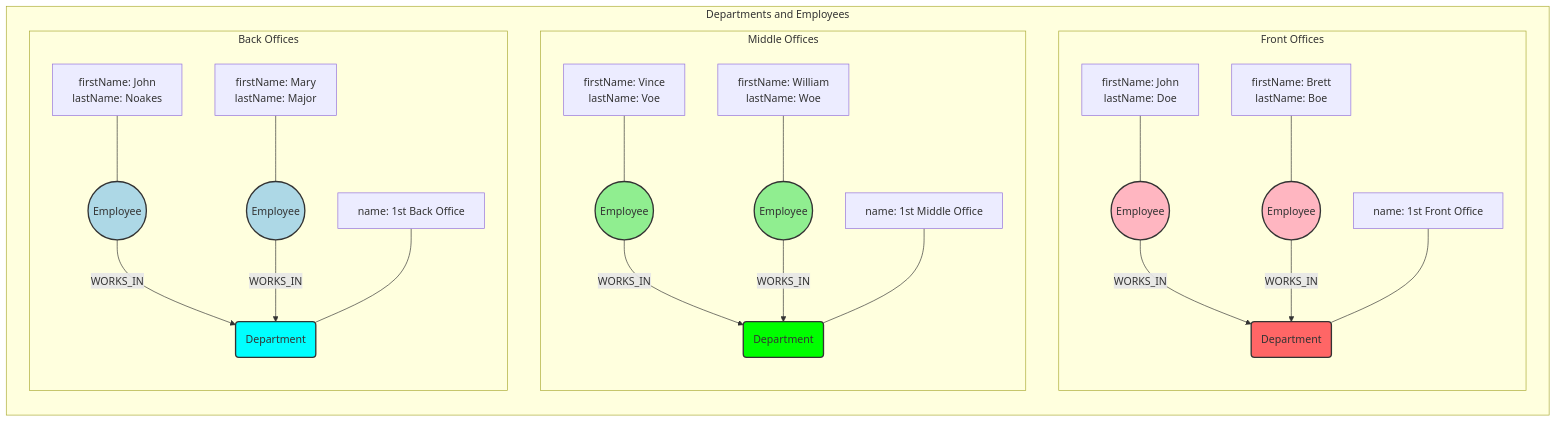
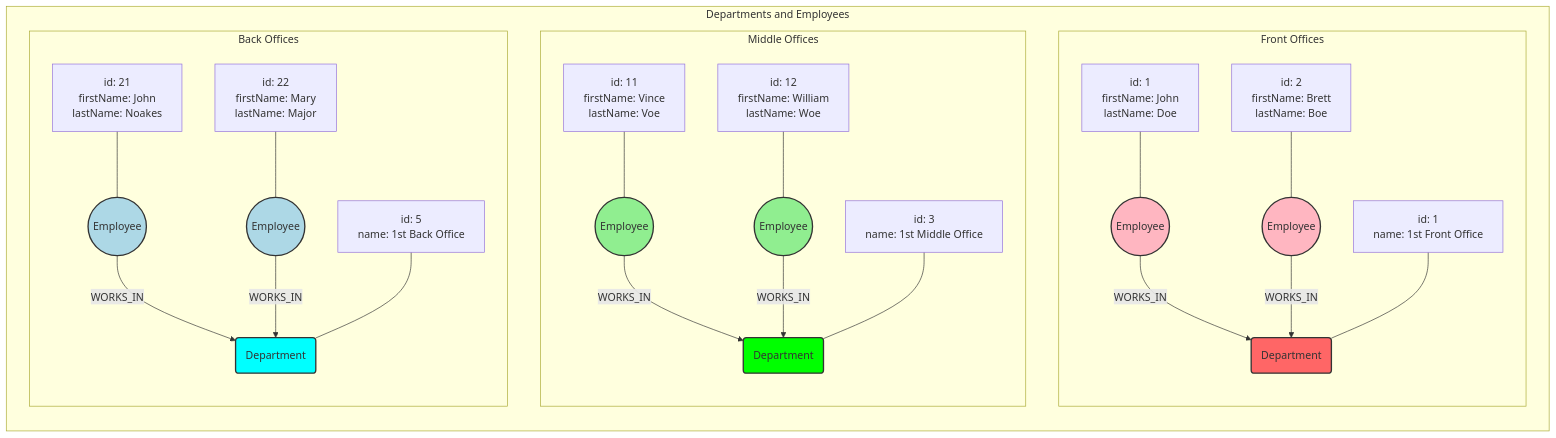
Before and after one commit to k1729p/Study28: the diagram in docs/mermaid/flowchartNeo4jGraph.md, drawn with Mermaid. The commit also changed other lines of this file and 12 other files, not shown here.

````diff
--- a/docs/mermaid/flowchartNeo4jGraph.md
+++ b/docs/mermaid/flowchartNeo4jGraph.md
@@ -3,52 +7,52 @@
 ```mermaid
 flowchart
 %% Node Definitions
     D1(Department)
     D2(Department)
     D3(Department)
     E11((Employee))
     E12((Employee))
     E21((Employee))
     E22((Employee))
     E31((Employee))
     E32((Employee))
 %% Node Relationships
     E11 -- WORKS_IN --> D1
     E12 -- WORKS_IN --> D1
     E21 -- WORKS_IN --> D2
     E22 -- WORKS_IN --> D2
     E31 -- WORKS_IN --> D3
     E32 -- WORKS_IN --> D3
 %% Node Subgraphs    
     subgraph Departments and Employees
         direction TB
         subgraph Front Offices
             direction TB
-            dep01[name: 1st Front Office] --- D1
-            emp11[firstName: John\n lastName: Doe] --- E11
-            emp12[firstName: Brett\n lastName: Boe] --- E12
+            dep01[id: 1\n name: 1st Front Office] --- D1
+            emp11[id: 1\n firstName: John\n lastName: Doe] --- E11
+            emp12[id: 2\n firstName: Brett\n lastName: Boe] --- E12
         end
         subgraph Middle Offices
             direction TB
-            dep02[name: 1st Middle Office] --- D2
-            emp21[firstName: Vince\n lastName: Voe] --- E21
-            emp22[firstName: William\n lastName: Woe] --- E22
+            dep02[id: 3\n name: 1st Middle Office] --- D2
+            emp21[id: 11\n firstName: Vince\n lastName: Voe] --- E21
+            emp22[id: 12\n firstName: William\n lastName: Woe] --- E22
         end
         subgraph Back Offices
             direction TB
-            dep03[name: 1st Back Office] --- D3
-            emp31[firstName: John\n lastName: Noakes] --- E31
-            emp32[firstName: Mary\n lastName: Major] --- E32
+            dep03[id: 5\n name: 1st Back Office] --- D3
+            emp31[id: 21\n firstName: John\n lastName: Noakes] --- E31
+            emp32[id: 22\n firstName: Mary\n lastName: Major] --- E32
         end
     end
 %% Styling
     style E11 fill: lightpink, stroke: #333, stroke-width: 2px
     style E12 fill: lightpink, stroke: #333, stroke-width: 2px
     style E21 fill: lightgreen, stroke: #333, stroke-width: 2px
     style E22 fill: lightgreen, stroke: #333, stroke-width: 2px
     style E31 fill: lightblue, stroke: #333, stroke-width: 2px
     style E32 fill: lightblue, stroke: #333, stroke-width: 2px
     style D1 fill: #ff6666, stroke: #333, stroke-width: 2px
     style D2 fill: #00ff00, stroke: #333, stroke-width: 2px
     style D3 fill: cyan, stroke: #333, stroke-width: 2px
 ```
````
